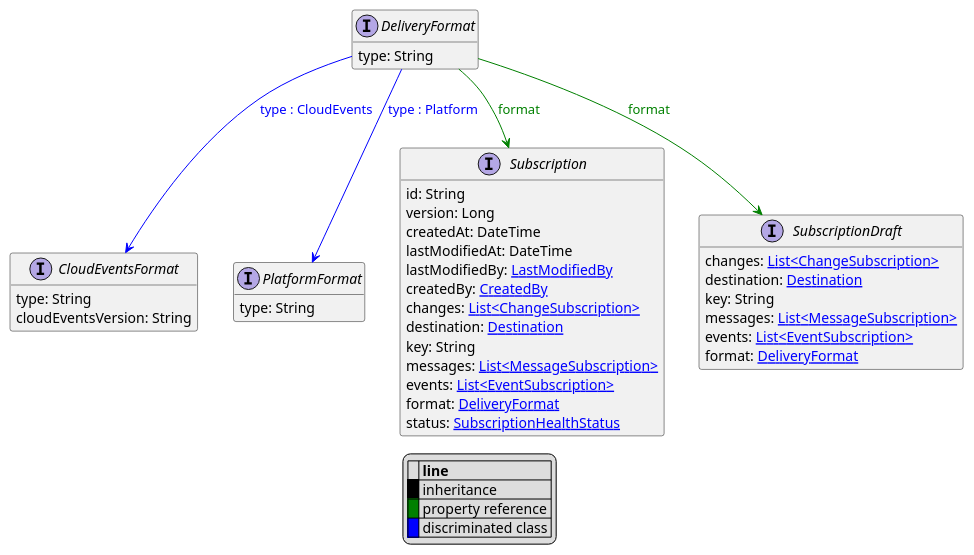
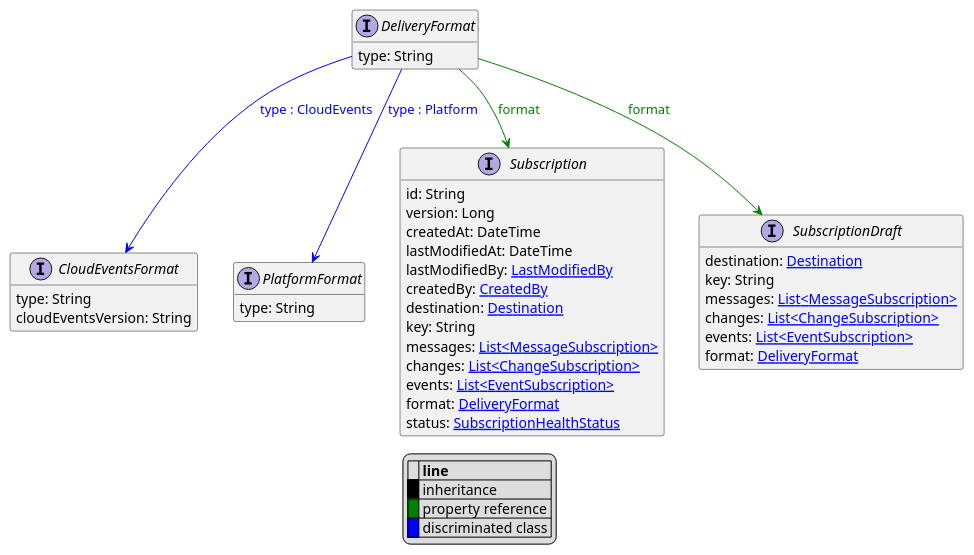
One commit to commercetools/commercetools-api-reference changed the diagram in uml/api/DeliveryFormat.puml. Above: the diagram before and after it, drawn with PlantUML. The commit also changed other lines of this file and 22 other files, not shown here.

```diff
--- a/uml/api/DeliveryFormat.puml
+++ b/uml/api/DeliveryFormat.puml
@@ -1,50 +1,50 @@
 @startuml
 
 hide empty fields
 hide empty methods
 legend
 |= |= line |
 |<back:black>   </back>| inheritance |
 |<back:green>   </back>| property reference |
 |<back:blue>   </back>| discriminated class |
 endlegend
 interface DeliveryFormat [[DeliveryFormat.svg]]  {
     type: String
 }
 
 
 interface CloudEventsFormat [[CloudEventsFormat.svg]]  {
     type: String
     cloudEventsVersion: String
 }
 interface PlatformFormat [[PlatformFormat.svg]]  {
     type: String
 }
 interface Subscription [[Subscription.svg]]  {
     id: String
     version: Long
     createdAt: DateTime
     lastModifiedAt: DateTime
     lastModifiedBy: [[LastModifiedBy.svg LastModifiedBy]]
     createdBy: [[CreatedBy.svg CreatedBy]]
-    changes: [[ChangeSubscription.svg List<ChangeSubscription>]]
     destination: [[Destination.svg Destination]]
     key: String
     messages: [[MessageSubscription.svg List<MessageSubscription>]]
+    changes: [[ChangeSubscription.svg List<ChangeSubscription>]]
     events: [[EventSubscription.svg List<EventSubscription>]]
     format: [[DeliveryFormat.svg DeliveryFormat]]
     status: [[SubscriptionHealthStatus.svg SubscriptionHealthStatus]]
 }
 interface SubscriptionDraft [[SubscriptionDraft.svg]]  {
-    changes: [[ChangeSubscription.svg List<ChangeSubscription>]]
     destination: [[Destination.svg Destination]]
     key: String
     messages: [[MessageSubscription.svg List<MessageSubscription>]]
+    changes: [[ChangeSubscription.svg List<ChangeSubscription>]]
     events: [[EventSubscription.svg List<EventSubscription>]]
     format: [[DeliveryFormat.svg DeliveryFormat]]
 }
 DeliveryFormat --> CloudEventsFormat #blue;text:blue : "type : CloudEvents"
 DeliveryFormat --> PlatformFormat #blue;text:blue : "type : Platform"
 DeliveryFormat --> Subscription #green;text:green : "format"
 DeliveryFormat --> SubscriptionDraft #green;text:green : "format"
 @enduml
```
